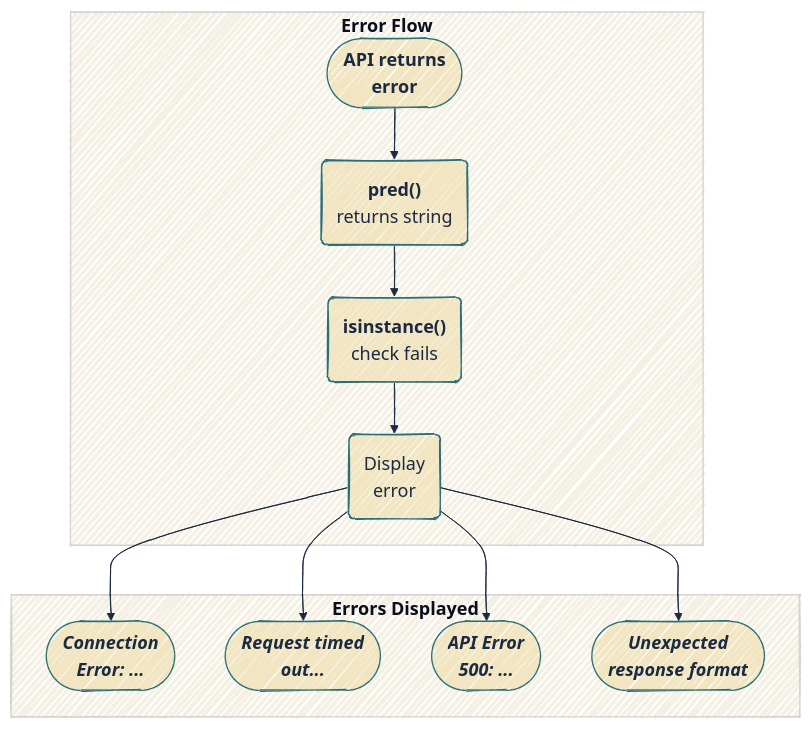
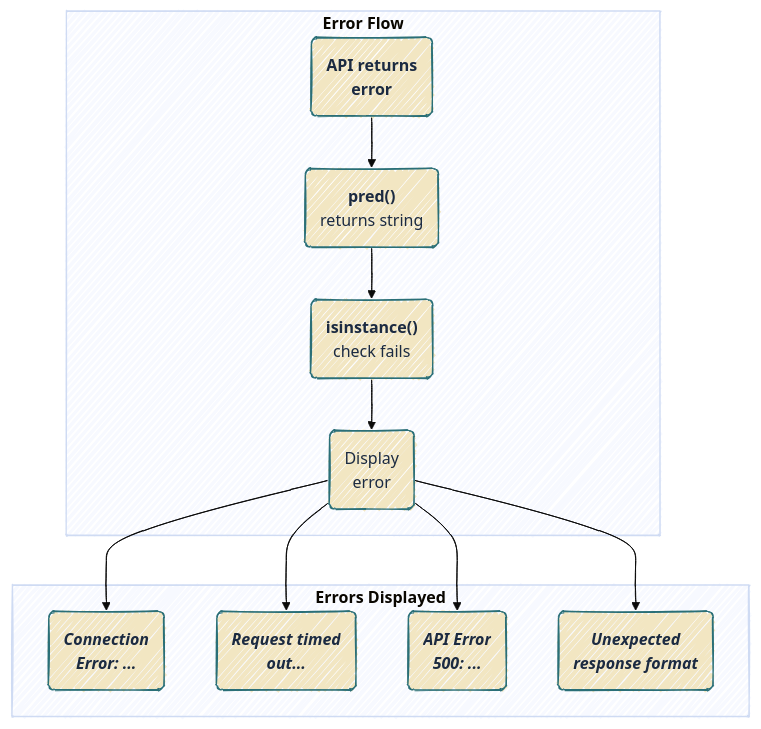
One commit to mjfrigaard/do4ds-labs changed the eighth of 15 diagrams in app-log-py.qmd. Above: the diagram before and after it, drawn with Mermaid. The commit also changed other lines of this file and 37 other files, not shown here.

Commit message:
updates to mermaid

````diff
--- a/app-log-py.qmd
+++ b/app-log-py.qmd
@@ -957,30 +977,31 @@
 ```{mermaid}
 %%| fig-cap: 'API Errors for Predictions'
 %%| fig-width: 7.0
 %%| fig-align: center
-%%{init: {'theme': 'base', 'look': 'handDrawn', 'themeVariables': { 'fontFamily': 'monospace', 'fontSize':'18px', 'primaryColor': '#F2E6C2', 'primaryBorderColor': '#2A6F77', 'primaryTextColor': '#1B2A41', 'secondaryColor': '#d4e7e4', 'tertiaryColor': '#f5f0e4', 'lineColor': '#1B2A41', 'edgeLabelBackground': '#F2E6C2'}}}%%
+%%{init: {'theme': 'base', 'look': 'handDrawn', 'themeVariables': {'fontFamily': 'monospace'}}}%%
 
 flowchart TD
     subgraph "<strong>Error Flow</strong>"
-        APIRetError(["<strong>API returns<br>error</strong>"])
+        APIRetError("<strong>API returns<br>error</strong>")
         StringResult("<strong>pred()</strong><br>returns string")
         TypeCheck("<strong>isinstance()</strong><br>check fails")
         DirectDisplay("Display<br>error")
     end
     
     subgraph "<strong>Errors Displayed</strong>"
-        ConnError(["<em><strong>Connection<br>Error: ...</strong></em>"])
-        TimeoutError(["<em><strong>Request timed<br>out...</strong></em>"])
-        APIError(["<em><strong>API Error<br>500: ...</strong></em>"])
-        FormatError(["<em><strong>Unexpected<br>response format</strong></em>"])
+        ConnError("<em><strong>Connection<br>Error: ...</strong></em>")
+        TimeoutError("<em><strong>Request timed<br>out...</strong></em>")
+        APIError("<em><strong>API Error<br>500: ...</strong></em>")
+        FormatError("<em><strong>Unexpected<br>response format</strong></em>")
     end
     
     APIRetError --> StringResult
     StringResult --> TypeCheck
     TypeCheck --> DirectDisplay
     DirectDisplay --> ConnError
     DirectDisplay --> TimeoutError
     DirectDisplay --> APIError
     DirectDisplay --> FormatError
+    classDef default fill:#F2E6C2,stroke:#2A6F77,color:#1B2A41
 
 ```
````
